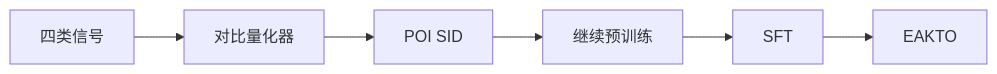
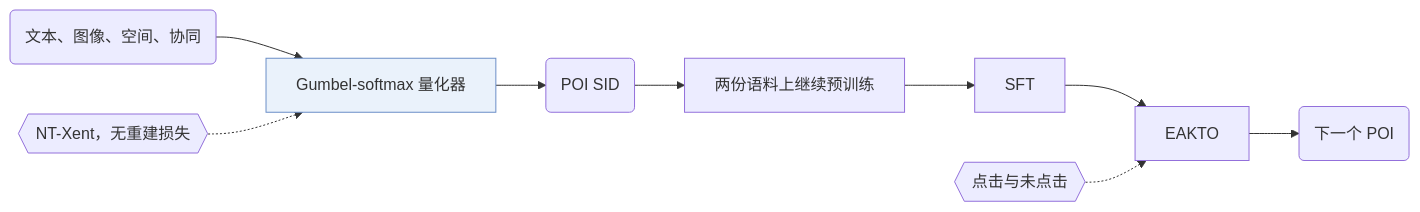
Before and after one commit to Galaxy-ghost/Awesome-SID-Generative-Rec: the diagram in notes/zh/gwhere.md, drawn with Mermaid. The commit also changed 521 other files, not shown here.

Commit message:
writer-04 part 3: algorithm diagrams with shared shape conventions, README hero and paper cards, archive removed

````diff
--- a/notes/zh/gwhere.md
+++ b/notes/zh/gwhere.md
@@ -13,8 +13,12 @@
 ```mermaid
 flowchart LR
-    A[四类信号] --> B[对比量化器]
-    B --> C[POI SID]
-    C --> D[继续预训练]
-    D --> E[SFT]
-    E --> F[EAKTO]
+    A("文本、图像、空间、协同") --> B["Gumbel-softmax 量化器"]:::key
+    L1{{"NT-Xent，无重建损失"}} -.-> B
+    B --> C("POI SID")
+    C --> D["两份语料上继续预训练"]
+    D --> E["SFT"]
+    E --> F["EAKTO"]
+    L2{{"点击与未点击"}} -.-> F
+    F --> G("下一个 POI")
+    classDef key fill:#eaf2fb,stroke:#6b8fc7
 ```
````
